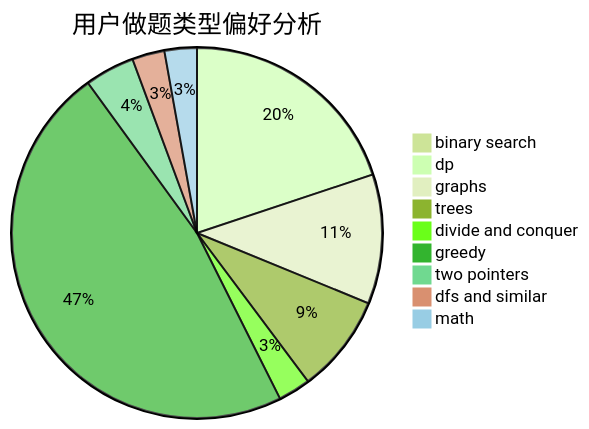
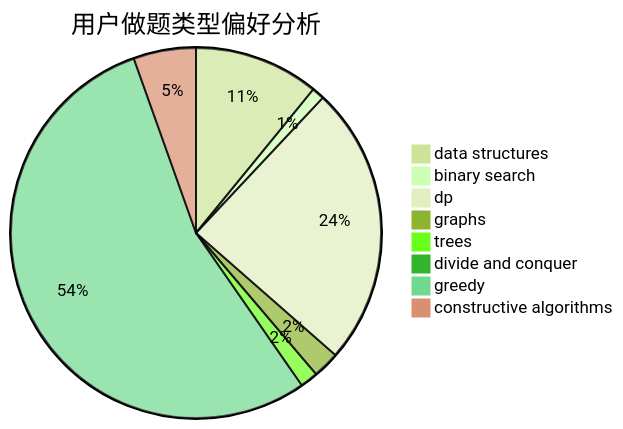
Before and after one commit to sherpahu/cfrs.github.io: the second of 3 diagrams in docs/user/u1344.md, drawn with Mermaid (forest theme). The commit also changed other lines of this file and 2775 other files, not shown here.

````diff
--- a/docs/user/u1344.md
+++ b/docs/user/u1344.md
@@ -23,12 +23,11 @@
 ```mermaid
 pie title 用户做题类型偏好分析
-    "binary search" :  8
-    "dp" :  183
-    "graphs" :  104
-    "trees" :  79
-    "divide and conquer" :  26
-    "greedy" :  436
-    "two pointers" :  40
-    "dfs and similar" :  26
-    "math" :  26
+    "data structures" :  70
+    "binary search" :  7
+    "dp" :  157
+    "graphs" :  15
+    "trees" :  10
+    "divide and conquer" :  5
+    "greedy" :  348
+    "constructive algorithms" :  35
 ```
````
